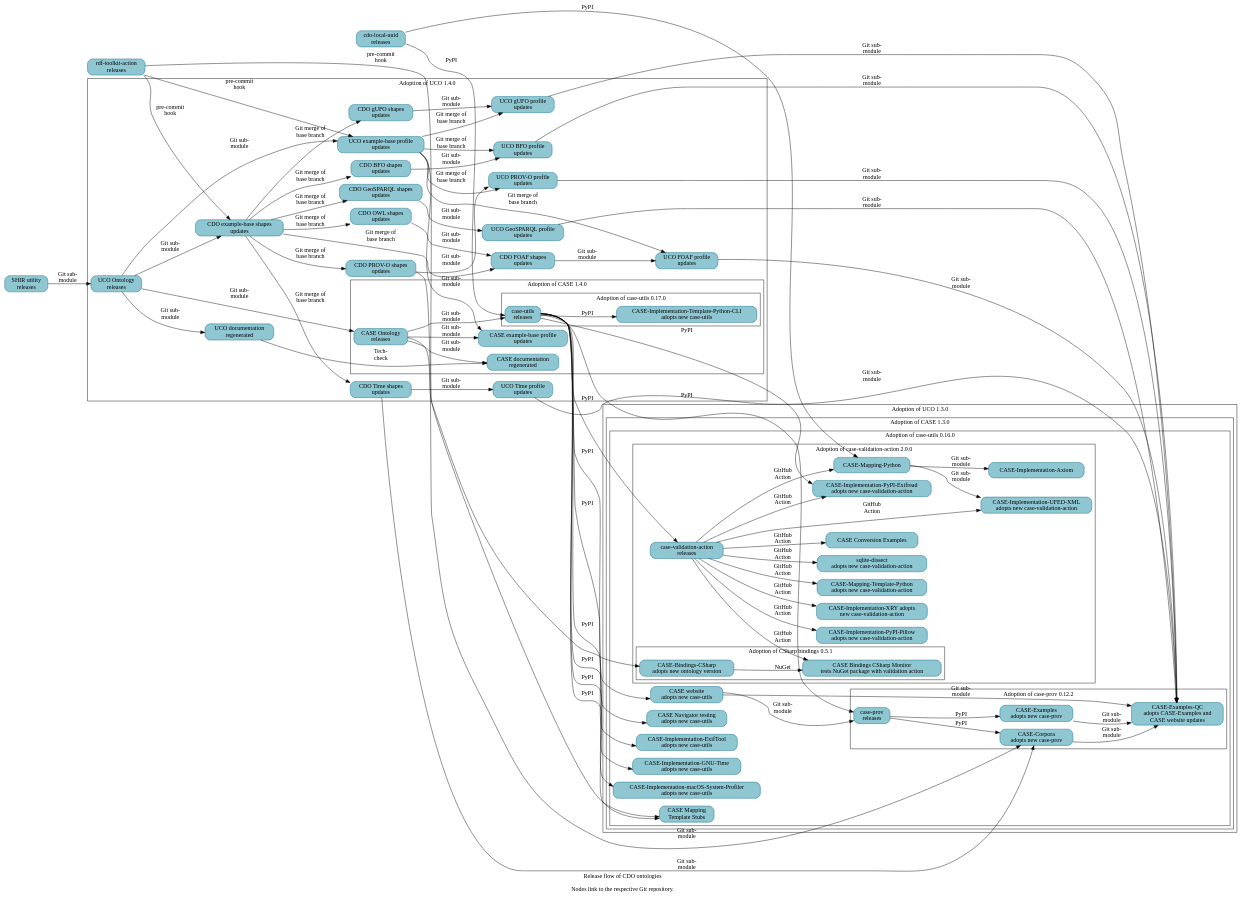
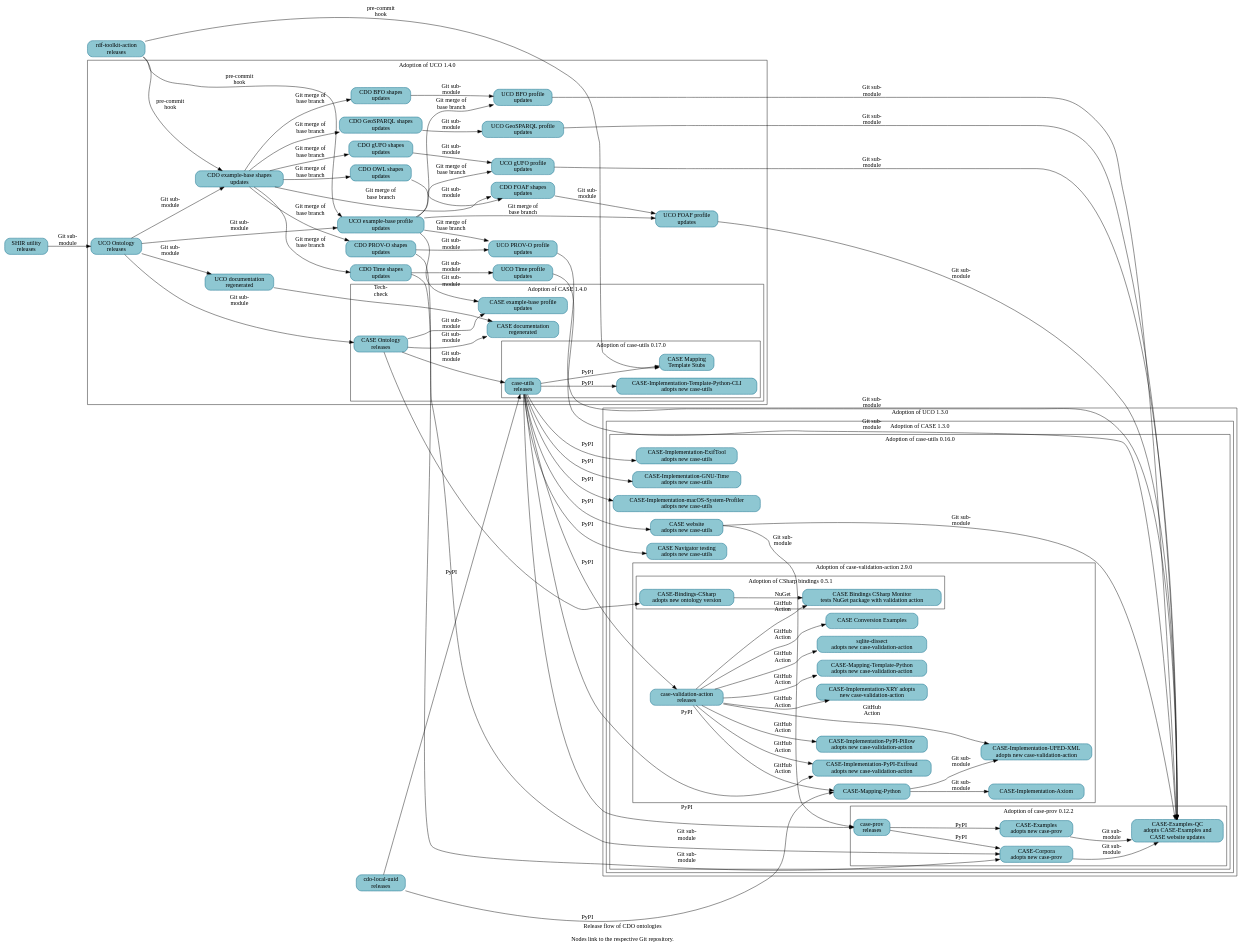
The diagram in resources/project_release_flow.dot (Cyber-Domain-Ontology/cdo.github.io), drawn with Graphviz before and after one commit. The commit also changed other lines of this file, not shown here.

First line of the commit message:
Bump adoption of CASE 1.4.0

```diff
--- a/resources/project_release_flow.dot
+++ b/resources/project_release_flow.dot
@@ -20,7 +20,6 @@
         _GH__CASEWORK__CASE_IMPLEMENTATION_EXIFTOOL [URL="https://github.com/casework/CASE-Implementation-ExifTool" label="CASE-Implementation-ExifTool\nadopts new case-utils"] ;
         _GH__CASEWORK__CASE_IMPLEMENTATION_GNU_TIME [URL="https://github.com/casework/CASE-Implementation-GNU-Time" label="CASE-Implementation-GNU-Time\nadopts new case-utils"] ;
         _GH__CASEWORK__CASE_IMPLEMENTATION_MACOS_SYSTEM_PROFILER [URL="https://github.com/casework/CASE-Implementation-macOS-System-Profiler" label="CASE-Implementation-macOS-System-Profiler\nadopts new case-utils"] ;
-        _GH__CASEWORK__CASE_MAPPING_TEMPLATE_STUBS [URL="https://github.com/casework/CASE-Mapping-Template-Stubs" label="CASE Mapping\nTemplate Stubs"] ;
         _GH__CASEWORK__CASEWORK_GITHUB_IO [URL="https://github.com/casework/casework.github.io" label="CASE website\nadopts new case-utils"] ;
 
         subgraph cluster_case_prov_0_12_2 {
@@ -89,6 +88,7 @@
         label = "Adoption of case-utils 0.17.0" ;
 
         _GH__CASEWORK__CASE_IMPLEMENTATION_TEMPLATE_PYTHON_CLI [URL="https://github.com/casework/CASE-Implementation-Template-Python-CLI" label="CASE-Implementation-Template-Python-CLI\nadopts new case-utils"]
+        _GH__CASEWORK__CASE_MAPPING_TEMPLATE_STUBS [URL="https://github.com/casework/CASE-Mapping-Template-Stubs" label="CASE Mapping\nTemplate Stubs"] ;
         _GH__CASEWORK__CASE_UTILITIES_PYTHON [URL="https://github.com/casework/CASE-Utilities-Python" label="case-utils\nreleases"] ;
       }
     }
```
